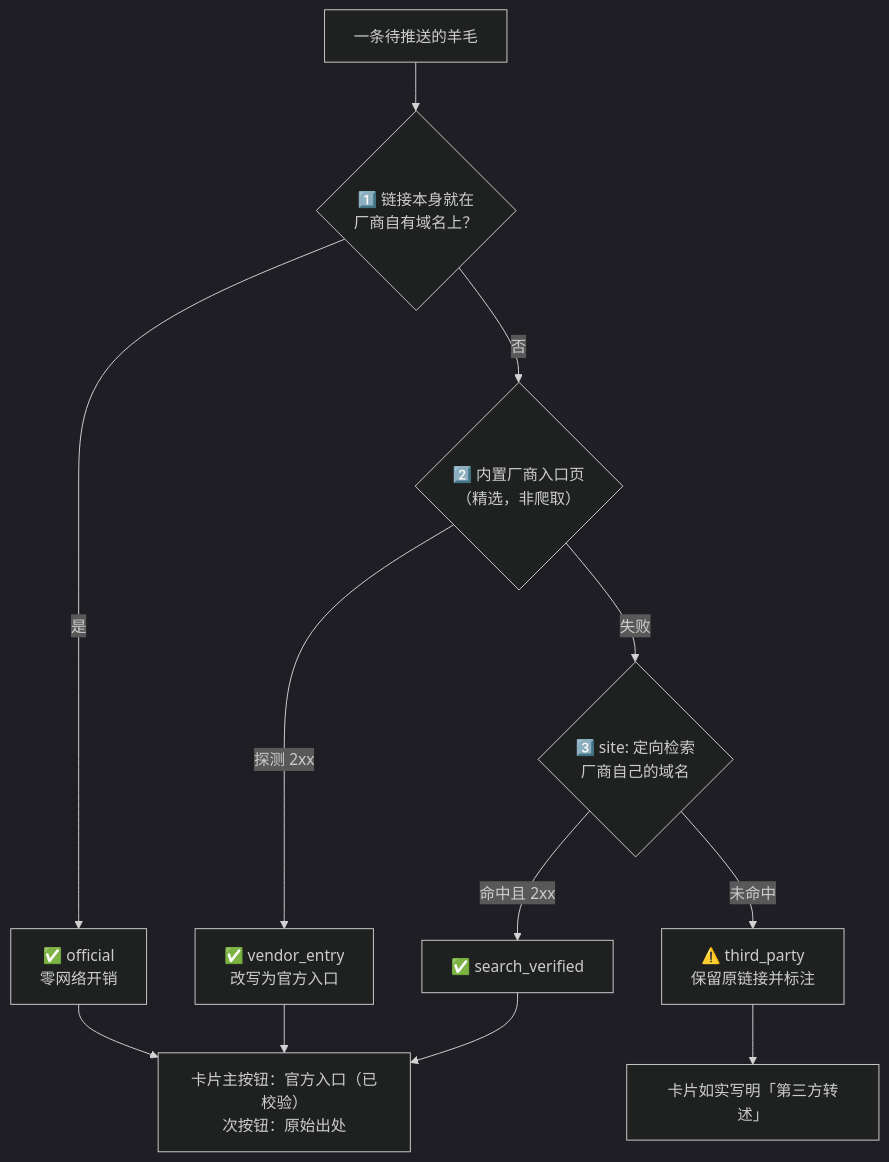
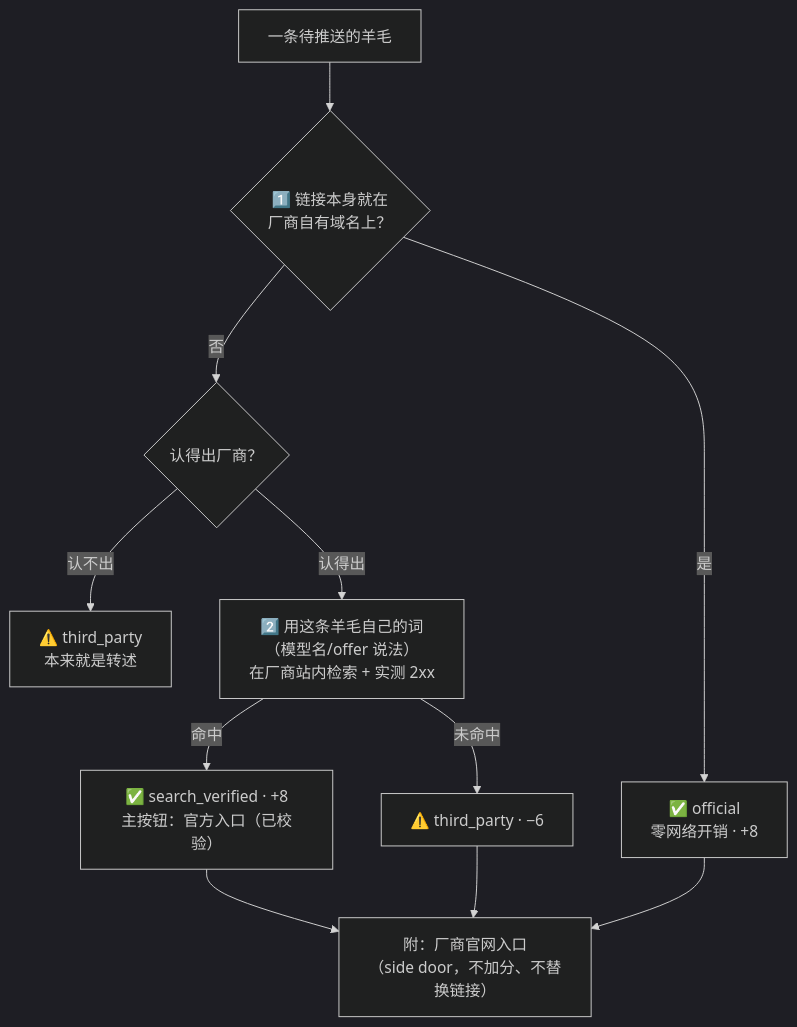
One commit to xiabee/Deal-Hunter changed the fourth of 5 diagrams in README.md. Above: the diagram before and after it, drawn with Mermaid (dark theme). The commit also changed other lines of this file and 10 other files, not shown here.

````diff
--- a/README.md
+++ b/README.md
@@ -232,14 +232,13 @@
 ```mermaid
 flowchart TD
     A["一条待推送的羊毛"] --> B{"1️⃣ 链接本身就在<br/>厂商自有域名上？"}
-    B -- 是 --> B1["✅ official<br/>零网络开销"]
-    B -- 否 --> C{"2️⃣ 内置厂商入口页<br/>（精选，非爬取）"}
-    C -- 探测 2xx --> C1["✅ vendor_entry<br/>改写为官方入口"]
-    C -- 失败 --> D{"3️⃣ site: 定向检索<br/>厂商自己的域名"}
-    D -- 命中且 2xx --> D1["✅ search_verified"]
-    D -- 未命中 --> E["⚠️ third_party<br/>保留原链接并标注"]
-    B1 --> F["卡片主按钮：官方入口（已校验）<br/>次按钮：原始出处"]
-    C1 --> F
-    D1 --> F
-    E --> G["卡片如实写明「第三方转述」"]
+    B -- 是 --> B1["✅ official<br/>零网络开销 · +8"]
+    B -- 否 --> C{"认得出厂商？"}
+    C -- 认不出 --> C1["⚠️ third_party<br/>本来就是转述"]
+    C -- 认得出 --> D["2️⃣ 用这条羊毛自己的词<br/>（模型名/offer 说法）<br/>在厂商站内检索 + 实测 2xx"]
+    D -- 命中 --> D1["✅ search_verified · +8<br/>主按钮：官方入口（已校验）"]
+    D -- 未命中 --> D2["⚠️ third_party · −6"]
+    D1 --> E["附：厂商官网入口<br/>（side door，不加分、不替换链接）"]
+    D2 --> E
+    B1 --> E
 ```
````
